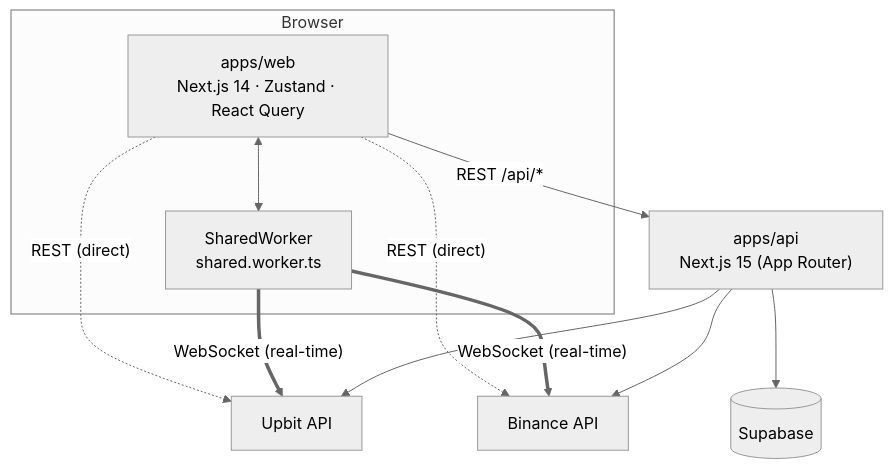
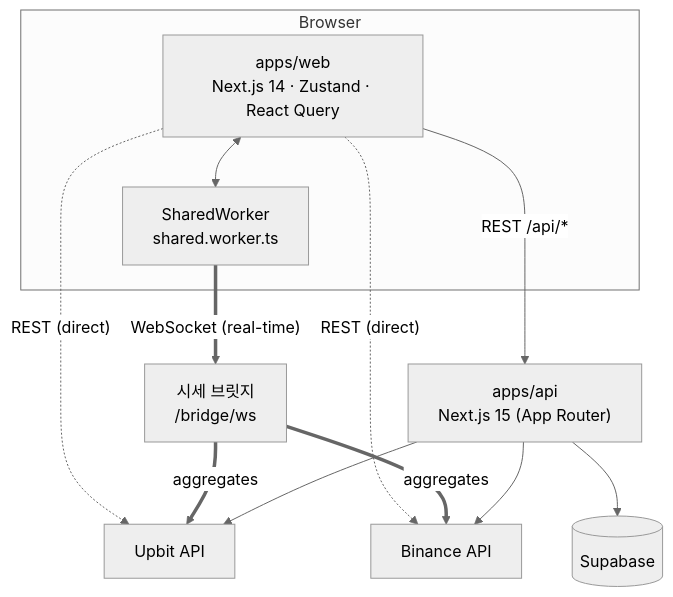
The first of 2 diagrams in .claude/reference/project-structure.md (leye195/coinat-v2), drawn with Mermaid (neutral theme) before and after one commit. The commit also changed other lines of this file and 3 other files, not shown here.

First line of the commit message:
docs(web): update reference docs for bridge-backed ticker source

````diff
--- a/.claude/reference/project-structure.md
+++ b/.claude/reference/project-structure.md
@@ -9,21 +9,23 @@
 ```mermaid
 flowchart TD
     subgraph Browser
         WEB["apps/web<br/>Next.js 14 · Zustand · React Query"]
         SW["SharedWorker<br/>shared.worker.ts"]
     end
     API["apps/api<br/>Next.js 15 (App Router)"]
+    BRIDGE["시세 브릿지<br/>/bridge/ws"]
     SUPA[(Supabase)]
     UPBIT["Upbit API"]
     BINANCE["Binance API"]
 
     WEB -- "REST /api/*" --> API
     WEB -. "REST (direct)" .-> UPBIT
     WEB -. "REST (direct)" .-> BINANCE
     WEB <--> SW
-    SW == "WebSocket (real-time)" ==> UPBIT
-    SW == "WebSocket (real-time)" ==> BINANCE
+    SW == "WebSocket (real-time)" ==> BRIDGE
+    BRIDGE == "aggregates" ==> UPBIT
+    BRIDGE == "aggregates" ==> BINANCE
     API --> UPBIT
     API --> BINANCE
     API --> SUPA
 ```
````
